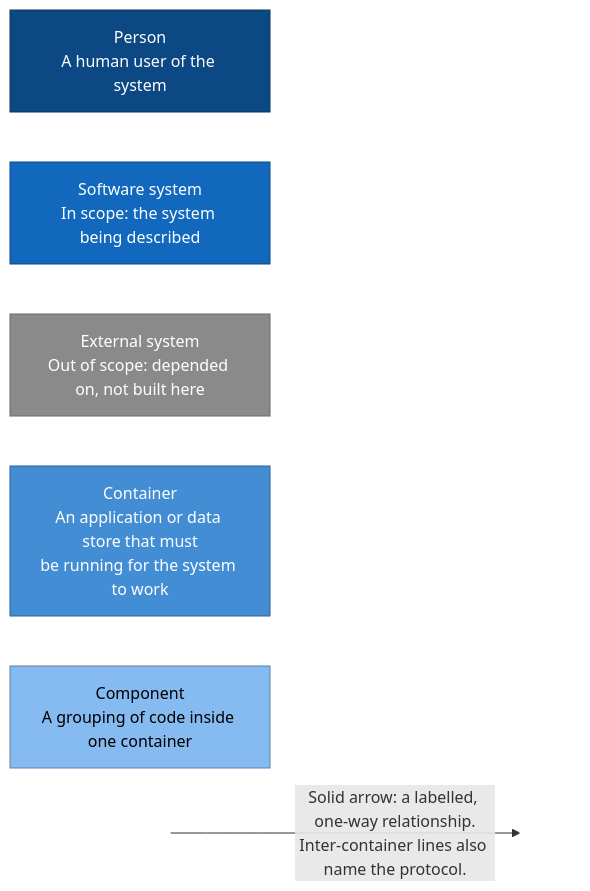
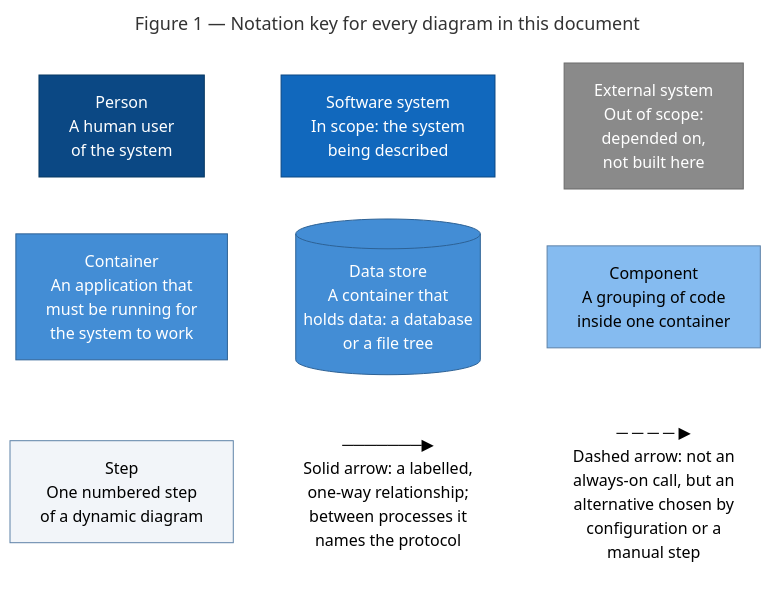
The diagram in docs/delivery/diagrams/c4_00_legend.mmd (rschifan/reimagina-evo), drawn with Mermaid before and after one commit. The commit also changed 16 other files, not shown here.

First line of the commit message:
docs(delivery): issue the architecture map as 1.0 against r051

```diff
--- a/docs/delivery/diagrams/c4_00_legend.mmd
+++ b/docs/delivery/diagrams/c4_00_legend.mmd
@@ -1,21 +1,38 @@
-flowchart LR
-  p["Person<br/>A human user of the system"]
-  s["Software system<br/>In scope: the system being described"]
-  e["External system<br/>Out of scope: depended on, not built here"]
-  c["Container<br/>An application or data store that must<br/>be running for the system to work"]
-  k["Component<br/>A grouping of code inside one container"]
+---
+title: "Figure 1 — Notation key for every diagram in this document"
+config:
+  flowchart:
+    wrappingWidth: 520
+    nodeSpacing: 40
+    rankSpacing: 30
+  themeCSS: ".flowchartTitleText{font-size:30px;font-weight:600;fill:#16181d}"
+---
+flowchart TB
+  p["Person<br/>A human user<br/>of the system"]
+  s["Software system<br/>In scope: the system<br/>being described"]
+  e["External system<br/>Out of scope:<br/>depended on,<br/>not built here"]
+  c["Container<br/>An application that<br/>must be running for<br/>the system to work"]
+  d[("Data store<br/>A container that<br/>holds data: a database<br/>or a file tree")]
+  k["Component<br/>A grouping of code<br/>inside one container"]
+  st["Step<br/>One numbered step<br/>of a dynamic diagram"]
+  a1["───────▶<br/>Solid arrow: a labelled,<br/>one-way relationship;<br/>between processes it<br/>names the protocol"]
+  b1["─ ─ ─ ─ ▶<br/>Dashed arrow: not an<br/>always-on call, but an<br/>alternative chosen by<br/>configuration or a<br/>manual step"]
 
-  a1[" "] -->|"Solid arrow: a labelled, one-way relationship.<br/>Inter-container lines also name the protocol."| a2[" "]
+  p ~~~ c ~~~ st
+  s ~~~ d ~~~ a1
+  e ~~~ k ~~~ b1
 
   classDef person fill:#0b4884,stroke:#073962,color:#fff
   classDef focus fill:#1168bd,stroke:#0b4884,color:#fff
   classDef external fill:#8a8a8a,stroke:#6b6b6b,color:#fff
   classDef container fill:#438dd5,stroke:#2e6295,color:#fff
   classDef component fill:#85bbf0,stroke:#5d82a8,color:#000
-  classDef blank fill:#fff,stroke:#fff,color:#fff
+  classDef step fill:#f2f5f9,stroke:#5d82a8,color:#000
+  classDef caption fill:#fff,stroke:#fff,color:#000
   class p person
   class s focus
   class e external
-  class c container
+  class c,d container
   class k component
-  class a1,a2 blank
+  class st step
+  class a1,b1 caption
```
